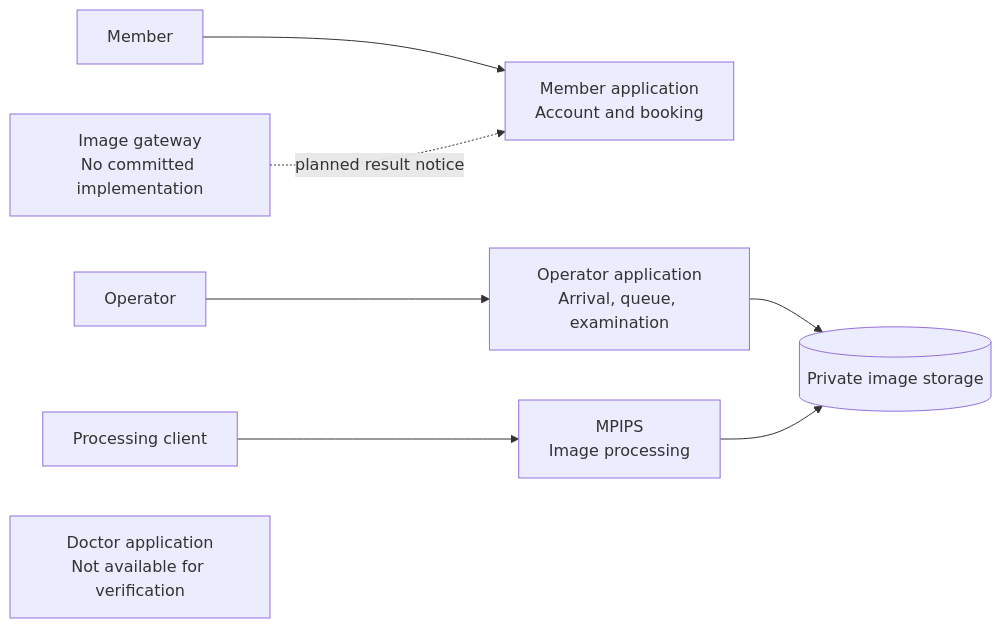
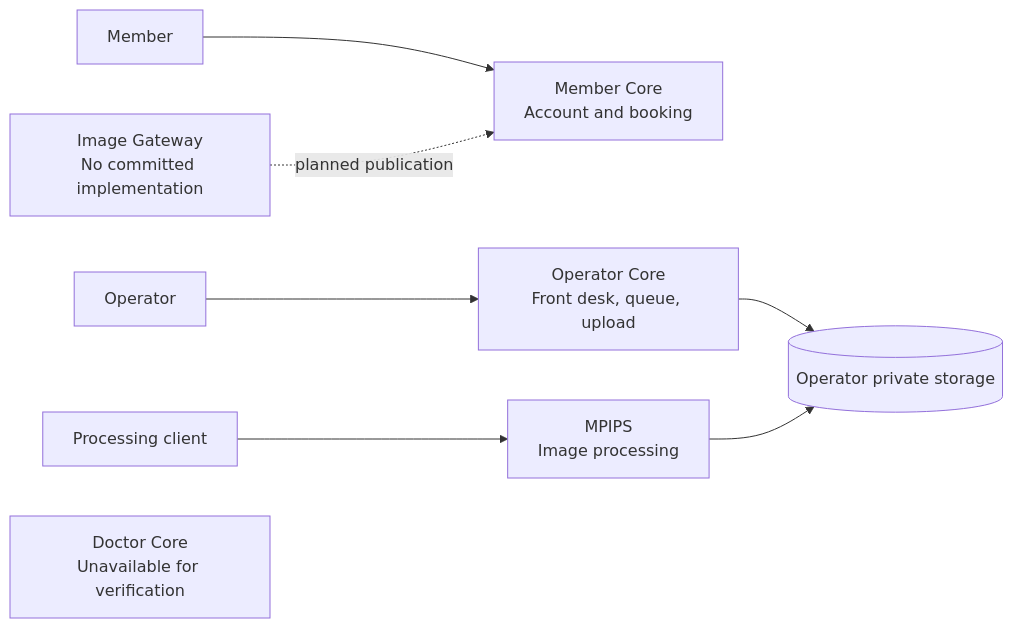
The first of 2 diagrams in docs/02-member-journey.md (Madeena-software/mhcs-business-docs), drawn with Mermaid before and after one commit. The commit also changed other lines of this file and 10 other files, not shown here.

````diff
--- a/docs/02-member-journey.md
+++ b/docs/02-member-journey.md
@@ -12,10 +11,11 @@
 ```mermaid
 flowchart LR
-    Member[Member] --> MC[Member application<br/>Account and booking]
-    Staff[Operator] --> OC[Operator application<br/>Arrival, queue, examination]
-    OC --> Storage[(Private image storage)]
+    Member[Member] --> MC[Member Core<br/>Account and booking]
+    Staff[Operator] --> OC[Operator Core<br/>Front desk, queue, upload]
+    OC --> Storage[(Operator private storage)]
     Client[Processing client] --> MPIPS[MPIPS<br/>Image processing]
     MPIPS --> Storage
-    Gateway[Image gateway<br/>No committed implementation] -. planned result notice .-> MC
-    Doctor[Doctor application<br/>Not available for verification]
+    Gateway[Image Gateway<br/>No committed implementation]
+    Doctor[Doctor Core<br/>Unavailable for verification]
+    Gateway -. planned publication .-> MC
 ```
````
